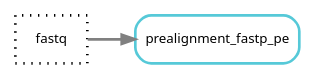
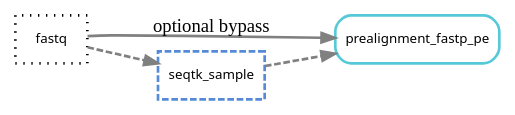
Before and after one commit to genomic-medicine-sweden/Twist_Solid: the diagram in docs/images/prealignment.dot, drawn with Graphviz. The commit also changed 35 other files, not shown here.

```diff
--- a/docs/images/prealignment.dot
+++ b/docs/images/prealignment.dot
@@ -1,9 +1,13 @@
 digraph snakemake_dag {
     rankdir=LR;
     graph[bgcolor=white, margin=0];
     node[shape=box, style=rounded, fontname=sans,                 fontsize=10, penwidth=2];
     edge[penwidth=2, color=grey];
-    	0[label = "fastq", color = "0.0 0.0 0.0", style="dotted"];
+	0[label = "fastq", color = "0.0 0.0 0.0", style="dotted"];
 	1[label = "prealignment_fastp_pe", color = "0.52 0.6 0.85", style="rounded"];
-	0 -> 1
+	2[label = "seqtk_sample", color = "0.60 0.6 0.85", style="dashed"];
+	
+	0 -> 2 [style="dashed"];
+	2 -> 1 [style="dashed"];
+	0 -> 1 [label="optional bypass"];
 }            
```
